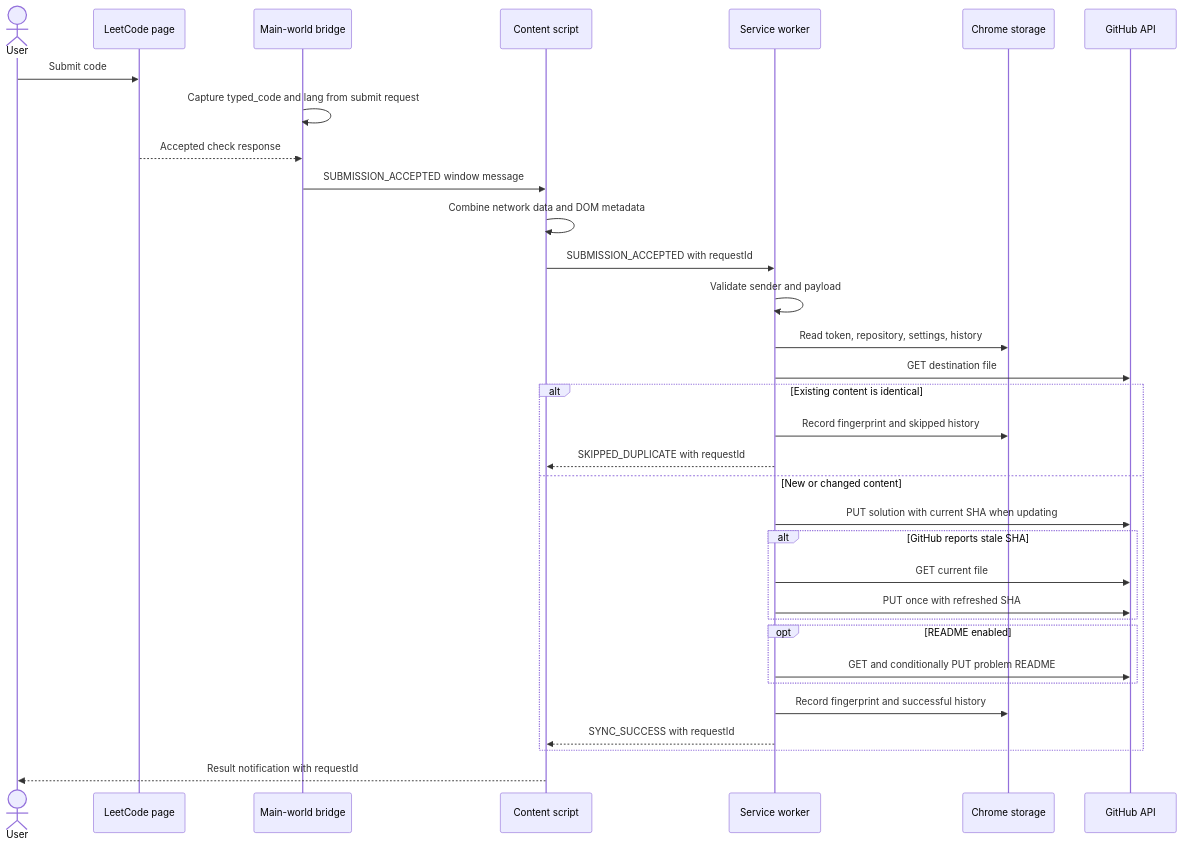
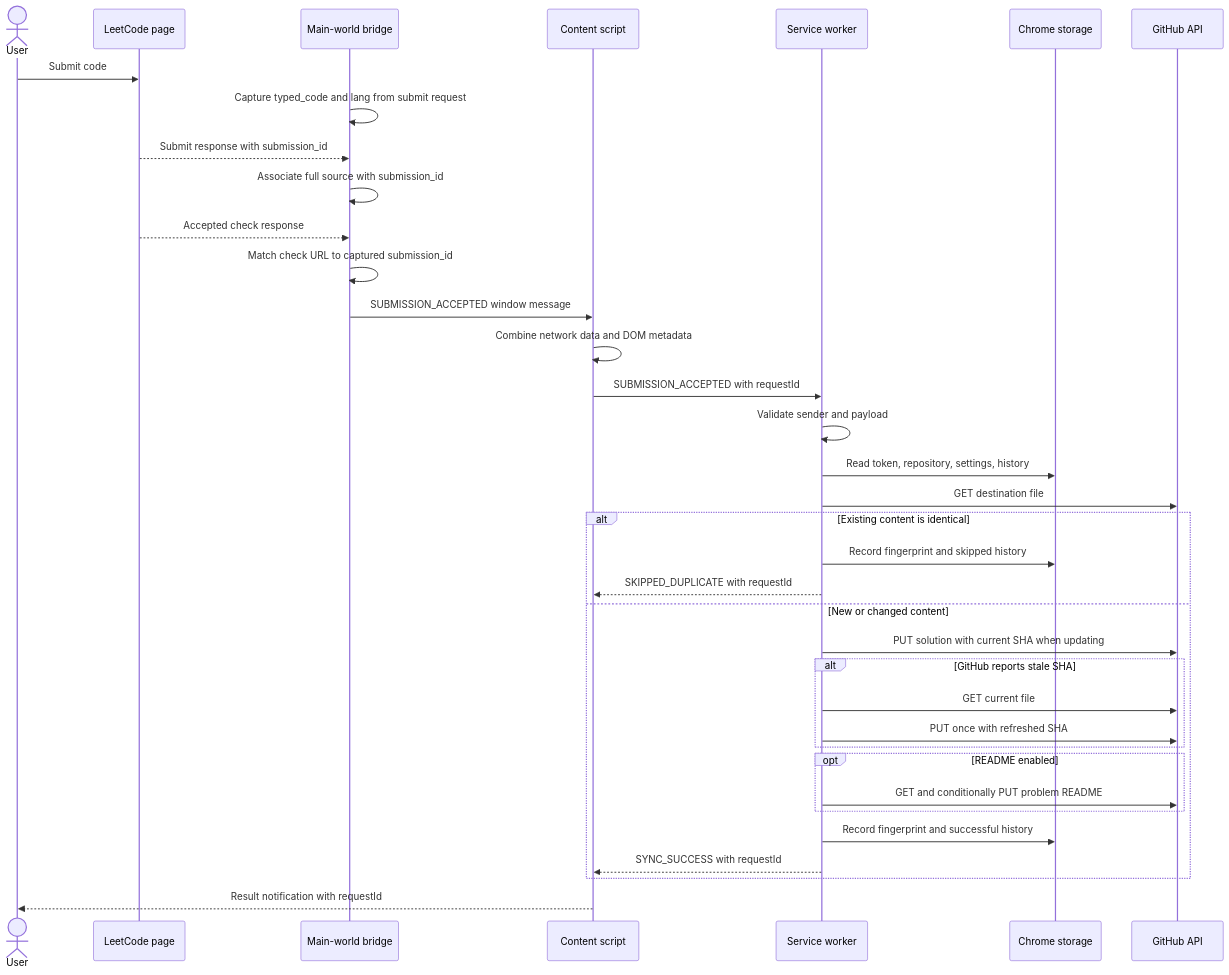
One commit to yoman12357/LeetSync_Assignment changed the third of 3 diagrams in docs/ARCHITECTURE.md. Above: the diagram before and after it, drawn with Mermaid. The commit also changed other lines of this file and 25 other files, not shown here.

````diff
--- a/docs/ARCHITECTURE.md
+++ b/docs/ARCHITECTURE.md
@@ -55,36 +55,39 @@
 ```mermaid
 sequenceDiagram
     actor User
     participant Page as LeetCode page
     participant Bridge as Main-world bridge
     participant Content as Content script
     participant Worker as Service worker
     participant Storage as Chrome storage
     participant GitHub as GitHub API
 
     User->>Page: Submit code
     Bridge->>Bridge: Capture typed_code and lang from submit request
+    Page-->>Bridge: Submit response with submission_id
+    Bridge->>Bridge: Associate full source with submission_id
     Page-->>Bridge: Accepted check response
+    Bridge->>Bridge: Match check URL to captured submission_id
     Bridge->>Content: SUBMISSION_ACCEPTED window message
     Content->>Content: Combine network data and DOM metadata
     Content->>Worker: SUBMISSION_ACCEPTED with requestId
     Worker->>Worker: Validate sender and payload
     Worker->>Storage: Read token, repository, settings, history
     Worker->>GitHub: GET destination file
     alt Existing content is identical
         Worker->>Storage: Record fingerprint and skipped history
         Worker-->>Content: SKIPPED_DUPLICATE with requestId
     else New or changed content
         Worker->>GitHub: PUT solution with current SHA when updating
         alt GitHub reports stale SHA
             Worker->>GitHub: GET current file
             Worker->>GitHub: PUT once with refreshed SHA
         end
         opt README enabled
             Worker->>GitHub: GET and conditionally PUT problem README
         end
         Worker->>Storage: Record fingerprint and successful history
         Worker-->>Content: SYNC_SUCCESS with requestId
     end
     Content-->>User: Result notification with requestId
 ```
````
